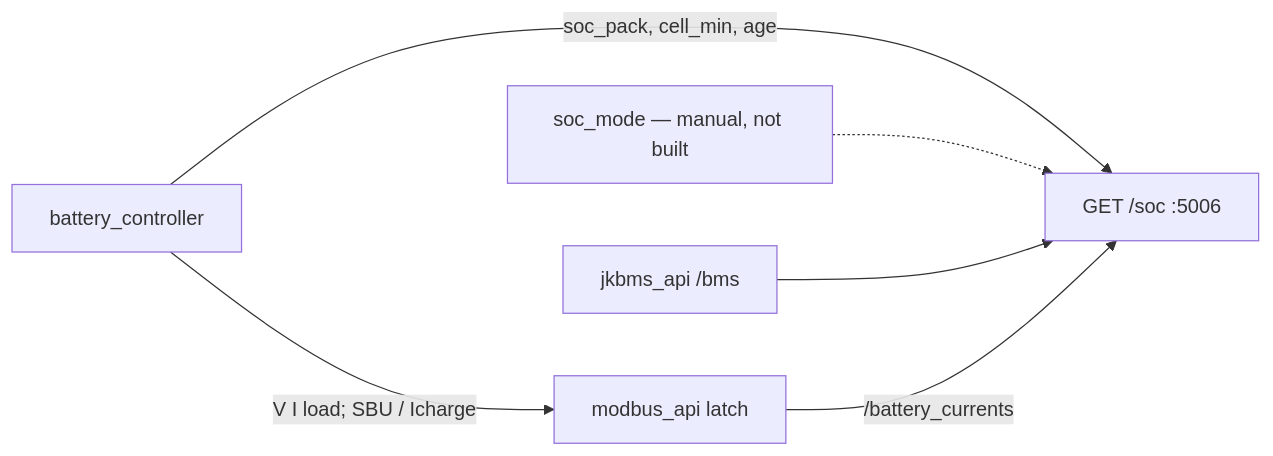
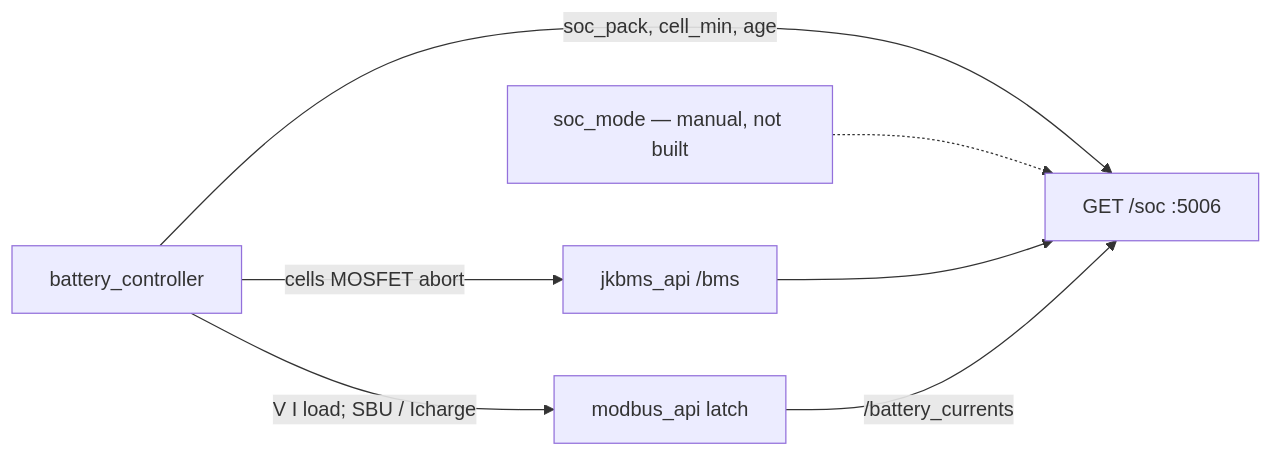
Before and after one commit to sadaoikebe/srne-solar-controller: the first of 2 diagrams in docs/soc-control.md, drawn with Mermaid. The commit also changed other lines of this file and 6 other files, not shown here.

````diff
--- a/docs/soc-control.md
+++ b/docs/soc-control.md
@@ -44,14 +42,15 @@
 ```mermaid
 flowchart LR
   BC[battery_controller]
   SE["GET /soc :5006"]
   FLAG["soc_mode — manual, not built"]
   JA[jkbms_api /bms]
   MA[modbus_api latch]
 
   BC -->|"V I load; SBU / Icharge"| MA
   BC -->|"soc_pack, cell_min, age"| SE
+  BC -->|"cells MOSFET abort"| JA
   FLAG -.-> SE
   JA --> SE
   MA -->|/battery_currents| SE
 ```
````
